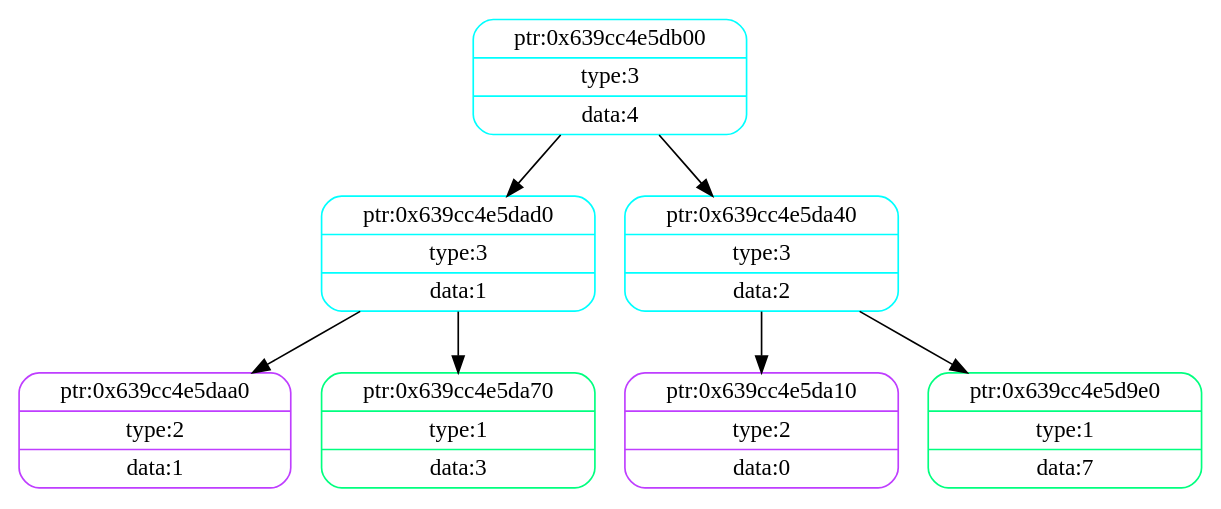
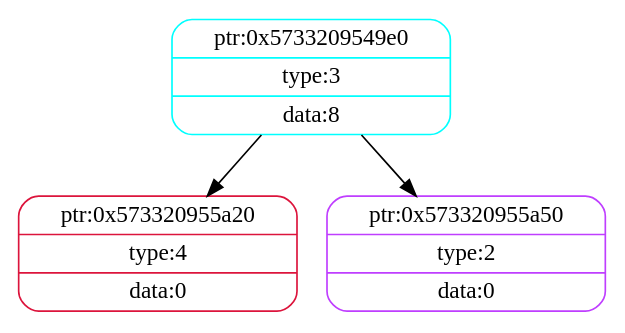
Before and after one commit to cat4rsys/differentiator: the diagram in log/1.dot, drawn with Graphviz. The commit also changed 34 other files, not shown here.

```diff
--- a/log/1.dot
+++ b/log/1.dot
@@ -1,17 +1,9 @@
 digraph G{
 	rankdir=TB;
 	node[shape=rect,style=rounded];
-	ptr0x639cc4e5db00 [shape=record,label="{ ptr:0x639cc4e5db00 | type:3 | data:4 }",color="aqua"]
-	ptr0x639cc4e5dad0 [shape=record,label="{ ptr:0x639cc4e5dad0 | type:3 | data:1 }",color="aqua"]
-	ptr0x639cc4e5daa0 [shape=record,label="{ ptr:0x639cc4e5daa0 | type:2 | data:1 }",color="darkorchid1"]
-	ptr0x639cc4e5dad0 -> ptr0x639cc4e5daa0;
-	ptr0x639cc4e5da70 [shape=record,label="{ ptr:0x639cc4e5da70 | type:1 | data:3 }",color="springgreen"]
-	ptr0x639cc4e5dad0 -> ptr0x639cc4e5da70;
-	ptr0x639cc4e5db00 -> ptr0x639cc4e5dad0;
-	ptr0x639cc4e5da40 [shape=record,label="{ ptr:0x639cc4e5da40 | type:3 | data:2 }",color="aqua"]
-	ptr0x639cc4e5da10 [shape=record,label="{ ptr:0x639cc4e5da10 | type:2 | data:0 }",color="darkorchid1"]
-	ptr0x639cc4e5da40 -> ptr0x639cc4e5da10;
-	ptr0x639cc4e5d9e0 [shape=record,label="{ ptr:0x639cc4e5d9e0 | type:1 | data:7 }",color="springgreen"]
-	ptr0x639cc4e5da40 -> ptr0x639cc4e5d9e0;
-	ptr0x639cc4e5db00 -> ptr0x639cc4e5da40;
+	ptr0x5733209549e0 [shape=record,label="{ ptr:0x5733209549e0 | type:3 | data:8 }",color="aqua"]
+	ptr0x573320955a20 [shape=record,label="{ ptr:0x573320955a20 | type:4 | data:0 }",color="crimson"]
+	ptr0x5733209549e0 -> ptr0x573320955a20;
+	ptr0x573320955a50 [shape=record,label="{ ptr:0x573320955a50 | type:2 | data:0 }",color="darkorchid1"]
+	ptr0x5733209549e0 -> ptr0x573320955a50;
 	}
```
